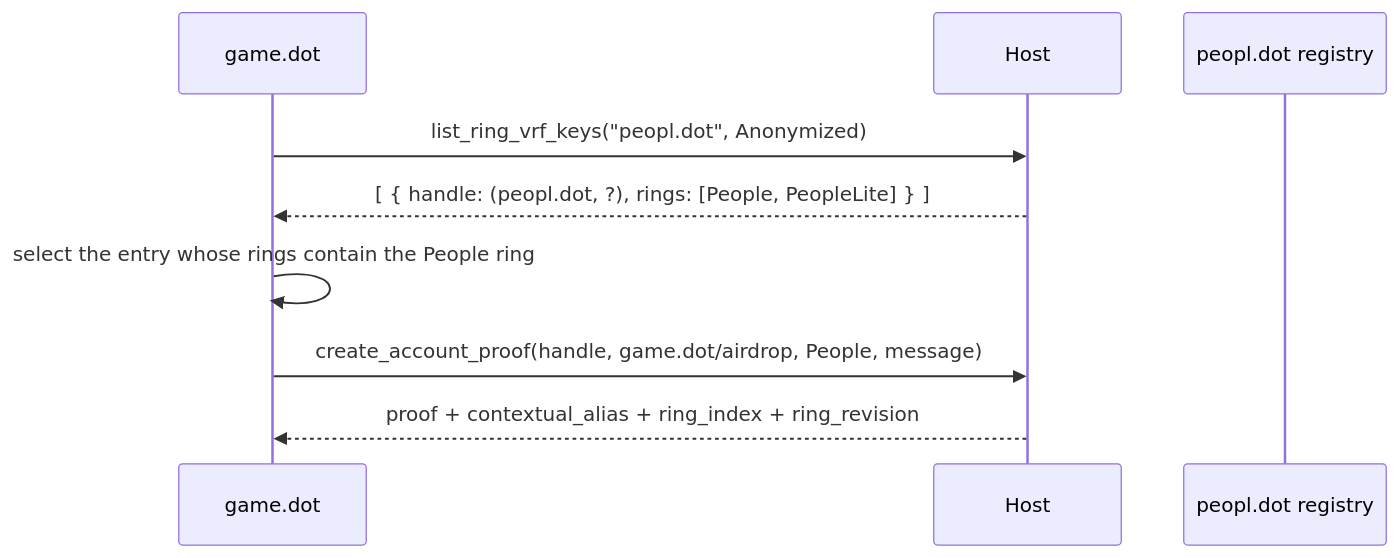
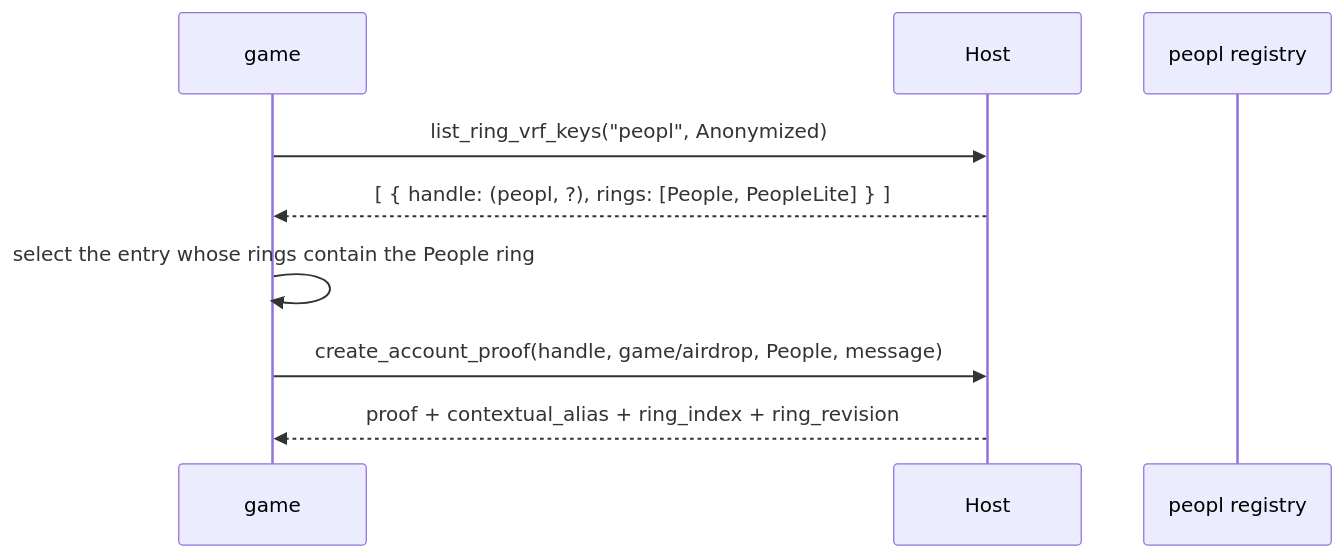
One commit to paritytech/host-rust-core changed the diagram in docs/rfcs/0024-personhood-as-product.md. Above: the diagram before and after it, drawn with Mermaid. The commit also changed other lines of this file and 5 other files, not shown here.

````diff
--- a/docs/rfcs/0024-personhood-as-product.md
+++ b/docs/rfcs/0024-personhood-as-product.md
@@ -191,12 +191,12 @@
 ```mermaid
 sequenceDiagram
-  participant G as game.dot
+  participant G as game
   participant H as Host
-  participant P as peopl.dot registry
+  participant P as peopl registry
 
-  G->>H: list_ring_vrf_keys("peopl.dot", Anonymized)
-  H-->>G: [ { handle: (peopl.dot, ?), rings: [People, PeopleLite] } ]
+  G->>H: list_ring_vrf_keys("peopl", Anonymized)
+  H-->>G: [ { handle: (peopl, ?), rings: [People, PeopleLite] } ]
   G->>G: select the entry whose rings contain the People ring
-  G->>H: create_account_proof(handle, game.dot/airdrop, People, message)
+  G->>H: create_account_proof(handle, game/airdrop, People, message)
   H-->>G: proof + contextual_alias + ring_index + ring_revision
 ```
````
